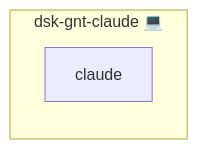
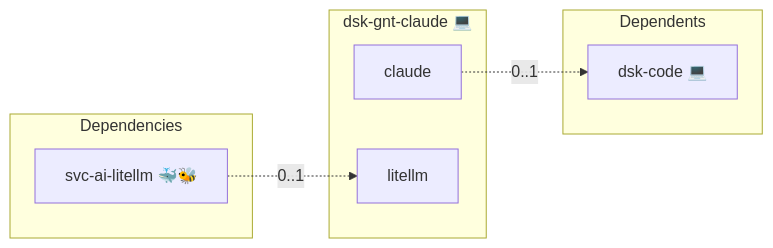
One commit to infinito-nexus/core changed the diagram in roles/dsk-gnt-claude/README.md. Above: the diagram before and after it, drawn with Mermaid. The commit also changed 4 other files, not shown here.

````diff
--- a/roles/dsk-gnt-claude/README.md
+++ b/roles/dsk-gnt-claude/README.md
@@ -17,6 +17,15 @@
 ```mermaid
 flowchart LR
+    subgraph deps [Dependencies]
+        dep_svc_ai_litellm["svc-ai-litellm 🐳🐝"]
+    end
     subgraph role [dsk-gnt-claude 💻]
         svc_claude["claude"]
+        svc_litellm["litellm"]
     end
+    subgraph dependents [Dependents]
+        dpt_dsk_code["dsk-code 💻"]
+    end
+    dep_svc_ai_litellm -. "0..1" .-> svc_litellm
+    svc_claude -. "0..1" .-> dpt_dsk_code
 ```
````
